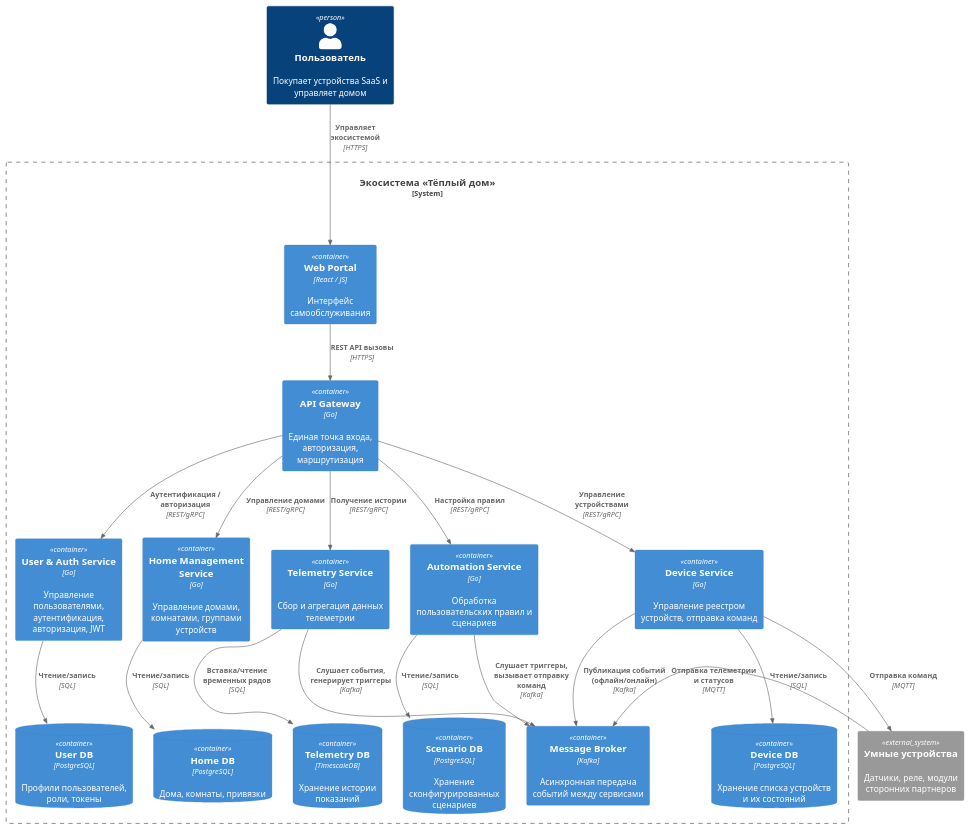
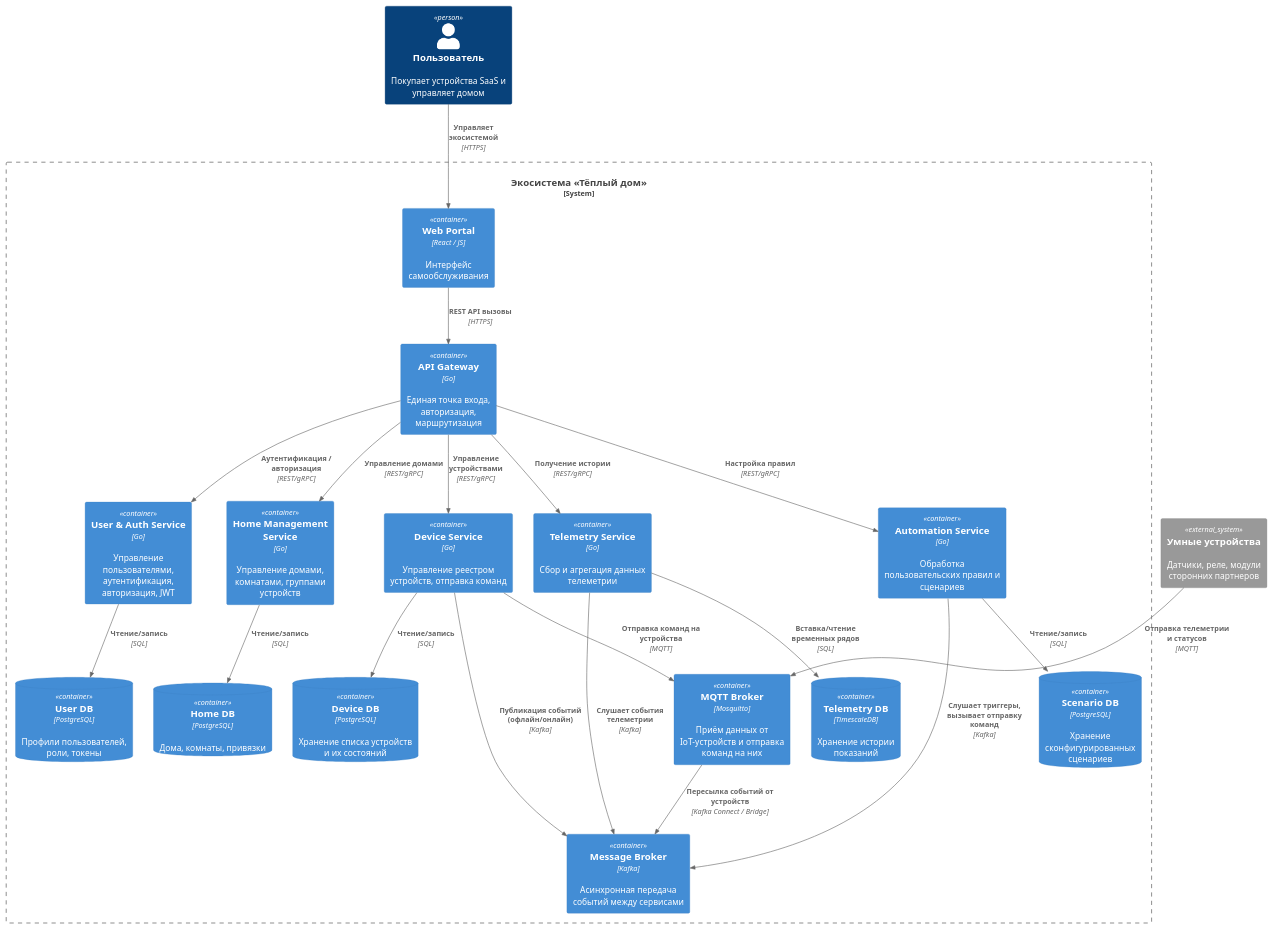
The third of 7 diagrams in README.md (akrasnikov79/architecture-warmhouse), drawn with PlantUML before and after one commit. The commit also changed other lines of this file, not shown here.

````diff
--- a/README.md
+++ b/README.md
@@ -85,52 +85,54 @@
 ```plantuml
 @startuml
 !include https://raw.githubusercontent.com/plantuml-stdlib/C4-PlantUML/master/C4_Container.puml
 
 Person(user, "Пользователь", "Покупает устройства SaaS и управляет домом")
 
 System_Boundary(ecosystem, "Экосистема «Тёплый дом»") {
     Container(web_app, "Web Portal", "React / JS", "Интерфейс самообслуживания")
     Container(api_gateway, "API Gateway", "Go", "Единая точка входа, авторизация, маршрутизация")
 
     Container(user_service, "User & Auth Service", "Go", "Управление пользователями, аутентификация, авторизация, JWT")
     ContainerDb(user_db, "User DB", "PostgreSQL", "Профили пользователей, роли, токены")
 
     Container(home_service, "Home Management Service", "Go", "Управление домами, комнатами, группами устройств")
     ContainerDb(home_db, "Home DB", "PostgreSQL", "Дома, комнаты, привязки")
 
     Container(device_service, "Device Service", "Go", "Управление реестром устройств, отправка команд")
     ContainerDb(device_db, "Device DB", "PostgreSQL", "Хранение списка устройств и их состояний")
 
     Container(telemetry_service, "Telemetry Service", "Go", "Сбор и агрегация данных телеметрии")
     ContainerDb(telemetry_db, "Telemetry DB", "TimescaleDB", "Хранение истории показаний")
 
     Container(scenario_service, "Automation Service", "Go", "Обработка пользовательских правил и сценариев")
     ContainerDb(scenario_db, "Scenario DB", "PostgreSQL", "Хранение сконфигурированных сценариев")
 
+    Container(mqtt_broker, "MQTT Broker", "Mosquitto", "Приём данных от IoT-устройств и отправка команд на них")
     Container(message_broker, "Message Broker", "Kafka", "Асинхронная передача событий между сервисами")
 }
 
 System_Ext(devices, "Умные устройства", "Датчики, реле, модули сторонних партнеров")
 
 Rel(user, web_app, "Управляет экосистемой", "HTTPS")
 Rel(web_app, api_gateway, "REST API вызовы", "HTTPS")
 
 Rel(api_gateway, user_service, "Аутентификация / авторизация", "REST/gRPC")
 Rel(api_gateway, home_service, "Управление домами", "REST/gRPC")
 Rel(api_gateway, device_service, "Управление устройствами", "REST/gRPC")
 Rel(api_gateway, telemetry_service, "Получение истории", "REST/gRPC")
 Rel(api_gateway, scenario_service, "Настройка правил", "REST/gRPC")
 
 Rel(user_service, user_db, "Чтение/запись", "SQL")
 Rel(home_service, home_db, "Чтение/запись", "SQL")
 Rel(device_service, device_db, "Чтение/запись", "SQL")
 Rel(telemetry_service, telemetry_db, "Вставка/чтение временных рядов", "SQL")
 Rel(scenario_service, scenario_db, "Чтение/запись", "SQL")
 
-Rel(devices, message_broker, "Отправка телеметрии и статусов", "MQTT")
+Rel(devices, mqtt_broker, "Отправка телеметрии и статусов", "MQTT")
+Rel(device_service, mqtt_broker, "Отправка команд на устройства", "MQTT")
+Rel(mqtt_broker, message_broker, "Пересылка событий от устройств", "Kafka Connect / Bridge")
 Rel(device_service, message_broker, "Публикация событий (офлайн/онлайн)", "Kafka")
-Rel(telemetry_service, message_broker, "Слушает события, генерирует триггеры", "Kafka")
+Rel(telemetry_service, message_broker, "Слушает события телеметрии", "Kafka")
 Rel(scenario_service, message_broker, "Слушает триггеры, вызывает отправку команд", "Kafka")
-Rel(device_service, devices, "Отправка команд", "MQTT")
 @enduml
 ```
````
